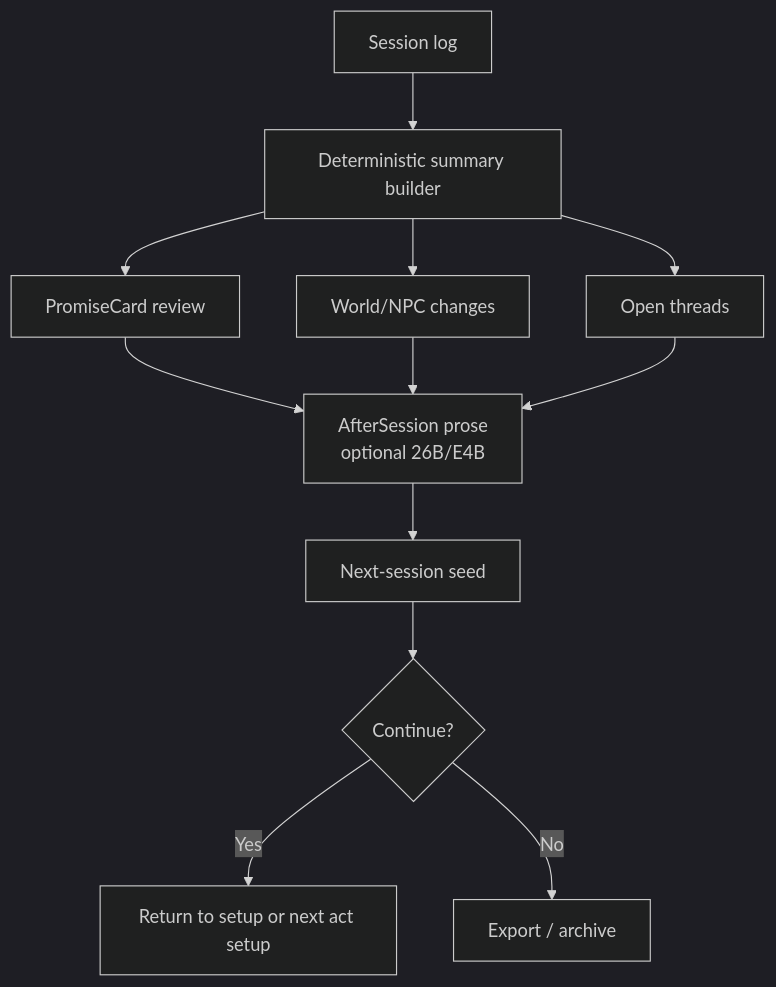
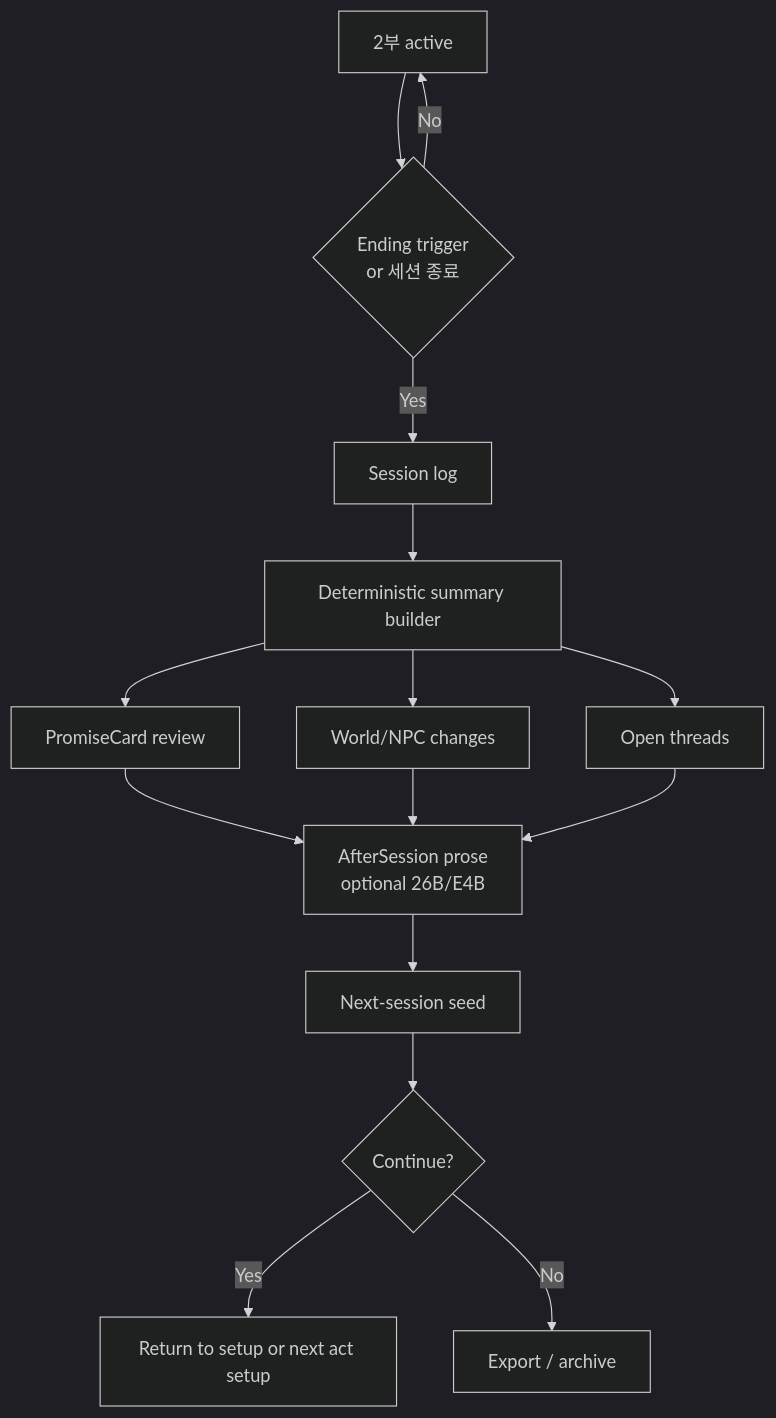
One commit to winterrainlee/winterrain_trpg changed the fourth of 4 diagrams in design/winterrain-rp-module-architecture-design.md. Above: the diagram before and after it, drawn with Mermaid (dark theme). The commit also changed other lines of this file and 4 other files, not shown here.

Commit message:
Refine play session loading and after flow

````diff
--- a/design/winterrain-rp-module-architecture-design.md
+++ b/design/winterrain-rp-module-architecture-design.md
@@ -472,14 +509,17 @@
 ```mermaid
 flowchart TD
-  A["Session log"] --> B["Deterministic summary builder"]
+  A0["2부 active"] --> A1{"Ending trigger<br/>or 세션 종료"}
+  A1 -->|No| A0
+  A1 -->|Yes| A["Session log"]
+  A --> B["Deterministic summary builder"]
   B --> C["PromiseCard review"]
   B --> D["World/NPC changes"]
   B --> E["Open threads"]
   C --> F["AfterSession prose<br/>optional 26B/E4B"]
   D --> F
   E --> F
   F --> G["Next-session seed"]
   G --> H{"Continue?"}
   H -->|Yes| I["Return to setup or next act setup"]
   H -->|No| J["Export / archive"]
 ```
````
